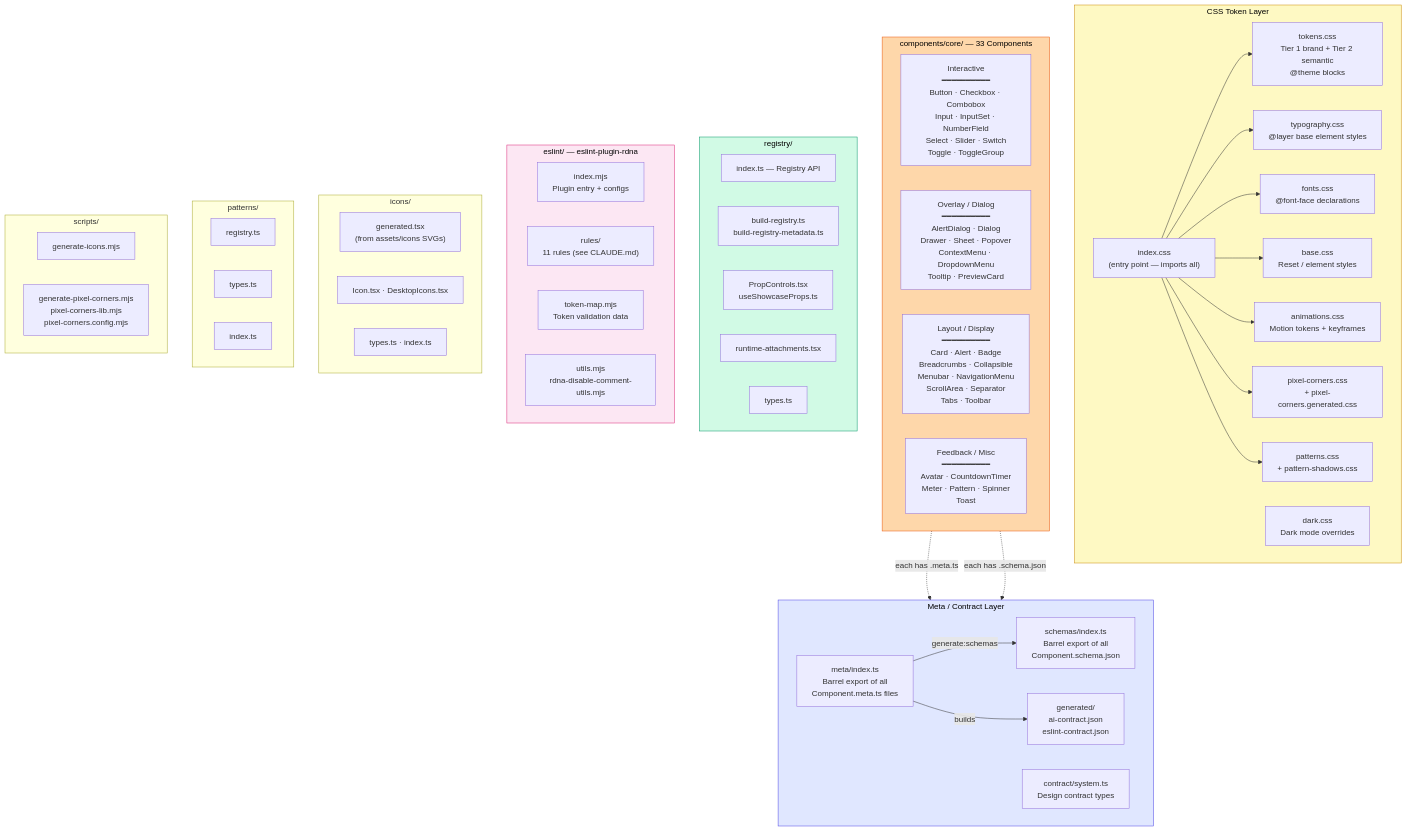
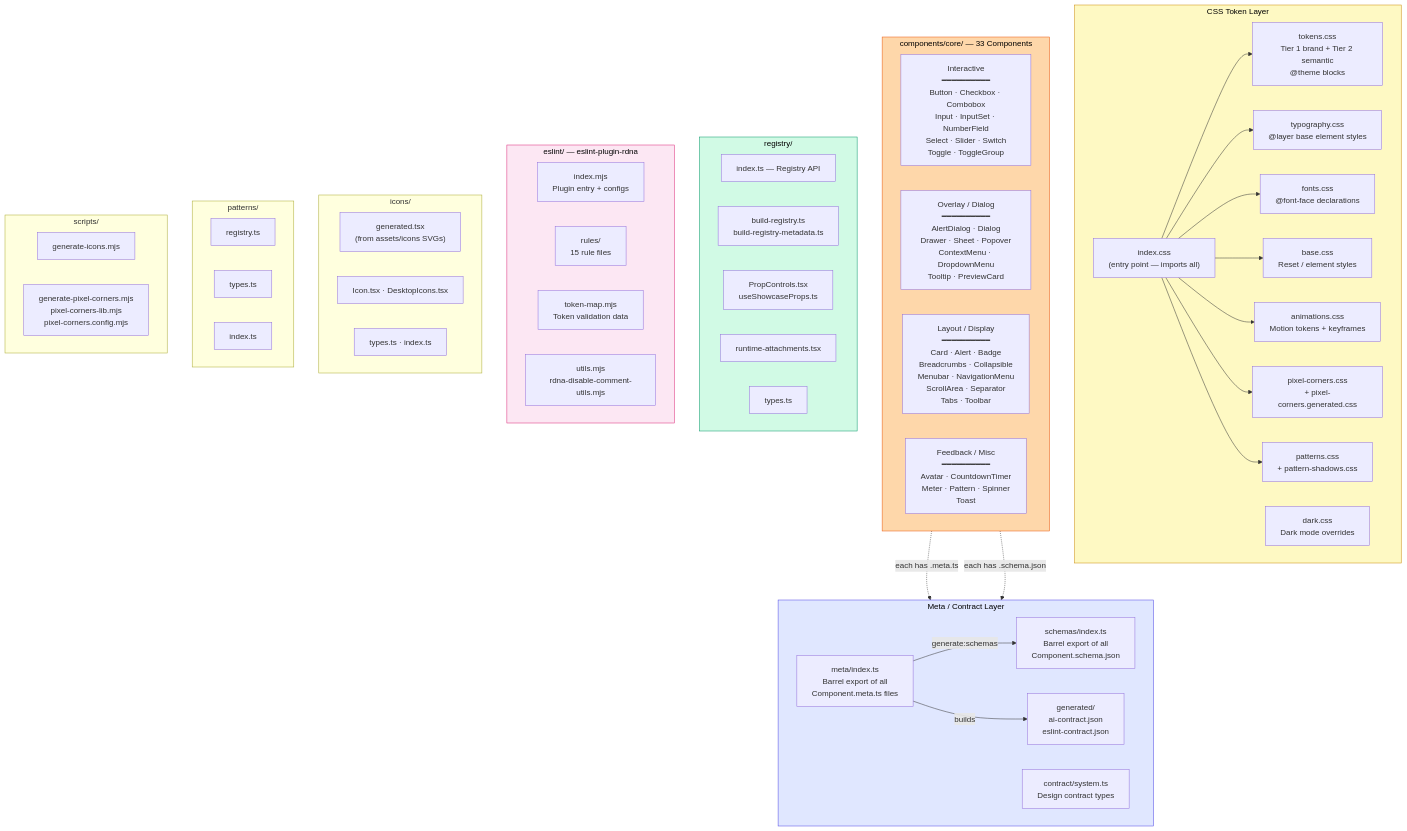
The second of 11 diagrams in docs/CODEMAP.md (Radiants-DAO/DNA), drawn with Mermaid before and after one commit. The commit also changed other lines of this file and 6 other files, not shown here.

```diff
--- a/docs/CODEMAP.md
+++ b/docs/CODEMAP.md
@@ -91,7 +91,7 @@
     subgraph ESLINT["eslint/ — eslint-plugin-rdna"]
         direction LR
         ESLINT_INDEX["index.mjs<br/>Plugin entry + configs"]
-        ESLINT_RULES["rules/<br/>11 rules (see CLAUDE.md)"]
+        ESLINT_RULES["rules/<br/>15 rule files"]
         ESLINT_TOKEN_MAP["token-map.mjs<br/>Token validation data"]
         ESLINT_UTILS["utils.mjs<br/>rdna-disable-comment-utils.mjs"]
     end
```
